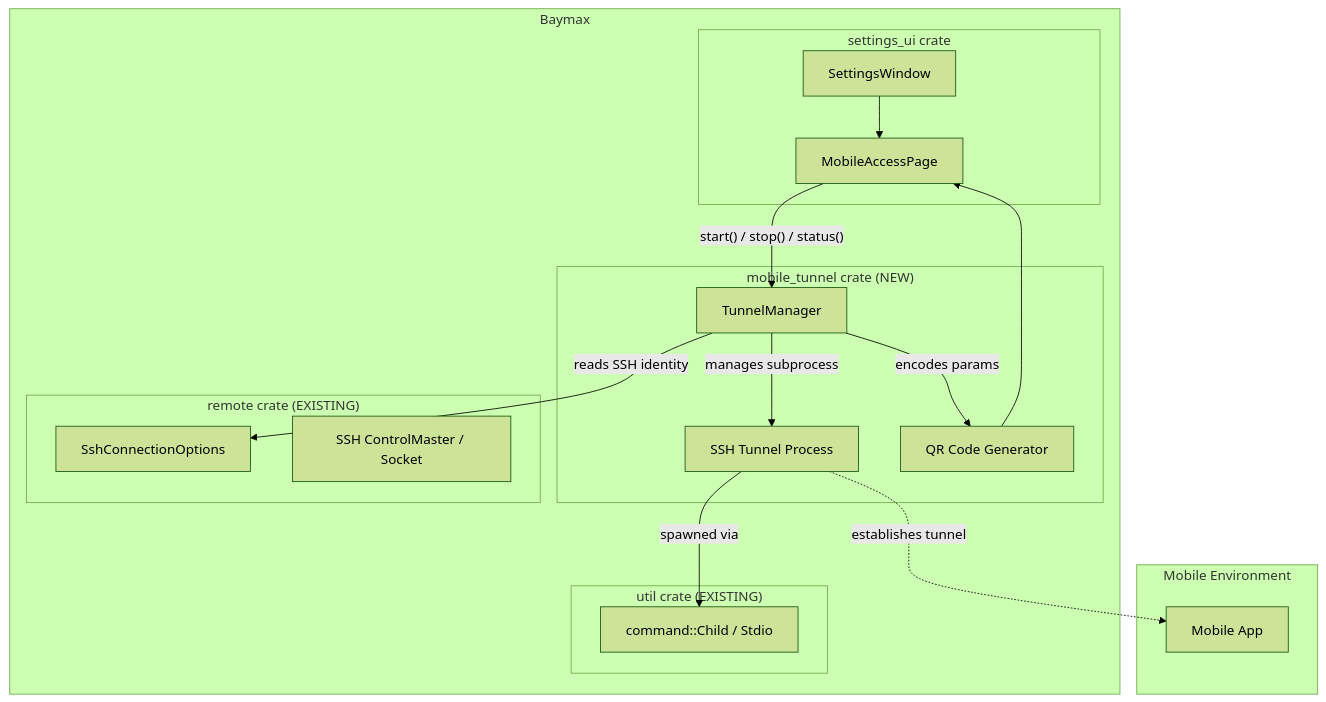
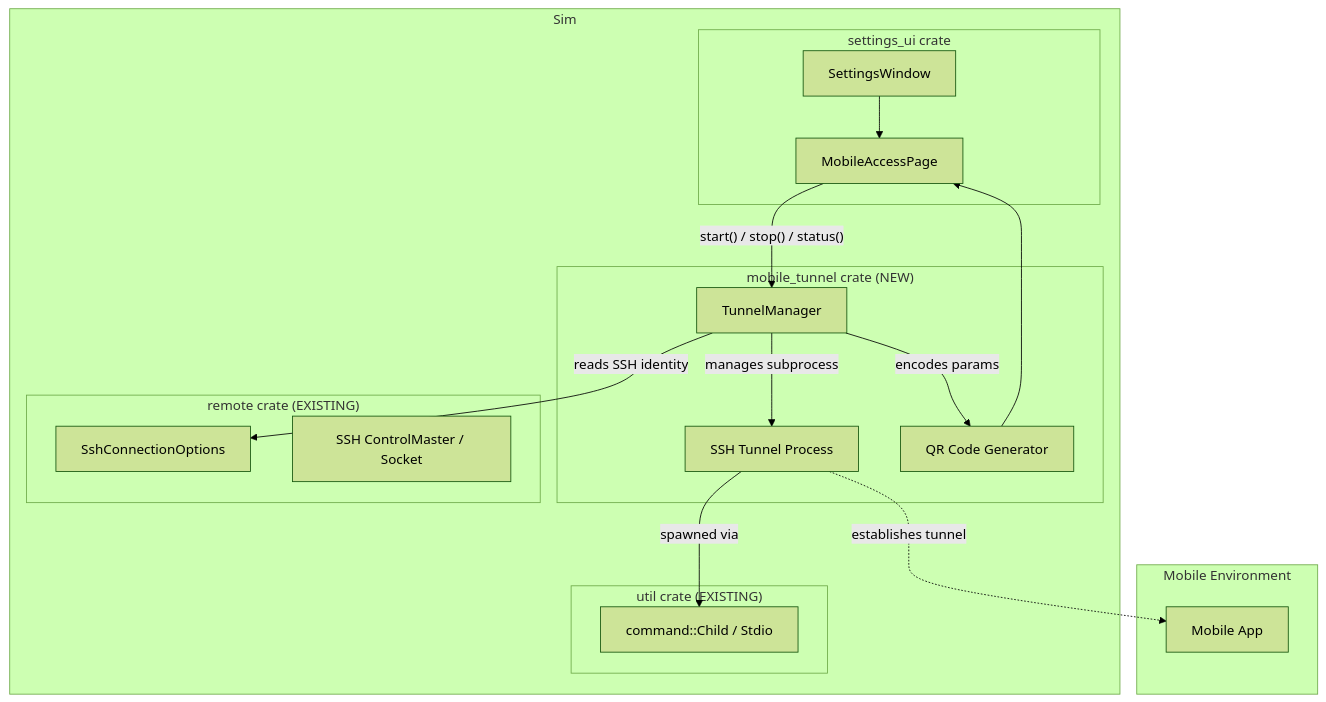
The first of 2 diagrams in .agents/specs/mobile/mobile-access-secure-tunneling/design.md (imagineerings/xor), drawn with Mermaid (forest theme) before and after one commit. The commit also changed other lines of this file and 1952 other files, not shown here.

Commit message:
chore: rename from baymax to sim (#61)

````diff
--- a/.agents/specs/mobile/mobile-access-secure-tunneling/design.md
+++ b/.agents/specs/mobile/mobile-access-secure-tunneling/design.md
@@ -42,37 +42,37 @@
 ```mermaid
 graph TD
-    subgraph Baymax
+    subgraph Sim
         subgraph "settings_ui crate"
             A["SettingsWindow"]
             A --> B["MobileAccessPage"]
         end
 
         subgraph "mobile_tunnel crate (NEW)"
             C["TunnelManager"]
             D["SSH Tunnel Process"]
             E["QR Code Generator"]
         end
 
         subgraph "remote crate (EXISTING)"
             F["SshConnectionOptions"]
             G["SSH ControlMaster / Socket"]
         end
 
         subgraph "util crate (EXISTING)"
             H["command::Child / Stdio"]
         end
 
         B -- "start() / stop() / status()" --> C
         C -- "manages subprocess" --> D
         C -- "reads SSH identity" --> F
         D -- "spawned via" --> H
         C -- "encodes params" --> E
         E --> B
     end
 
     subgraph "Mobile Environment"
         I["Mobile App"]
     end
 
     D -. "establishes tunnel" .-> I
 ```
````
